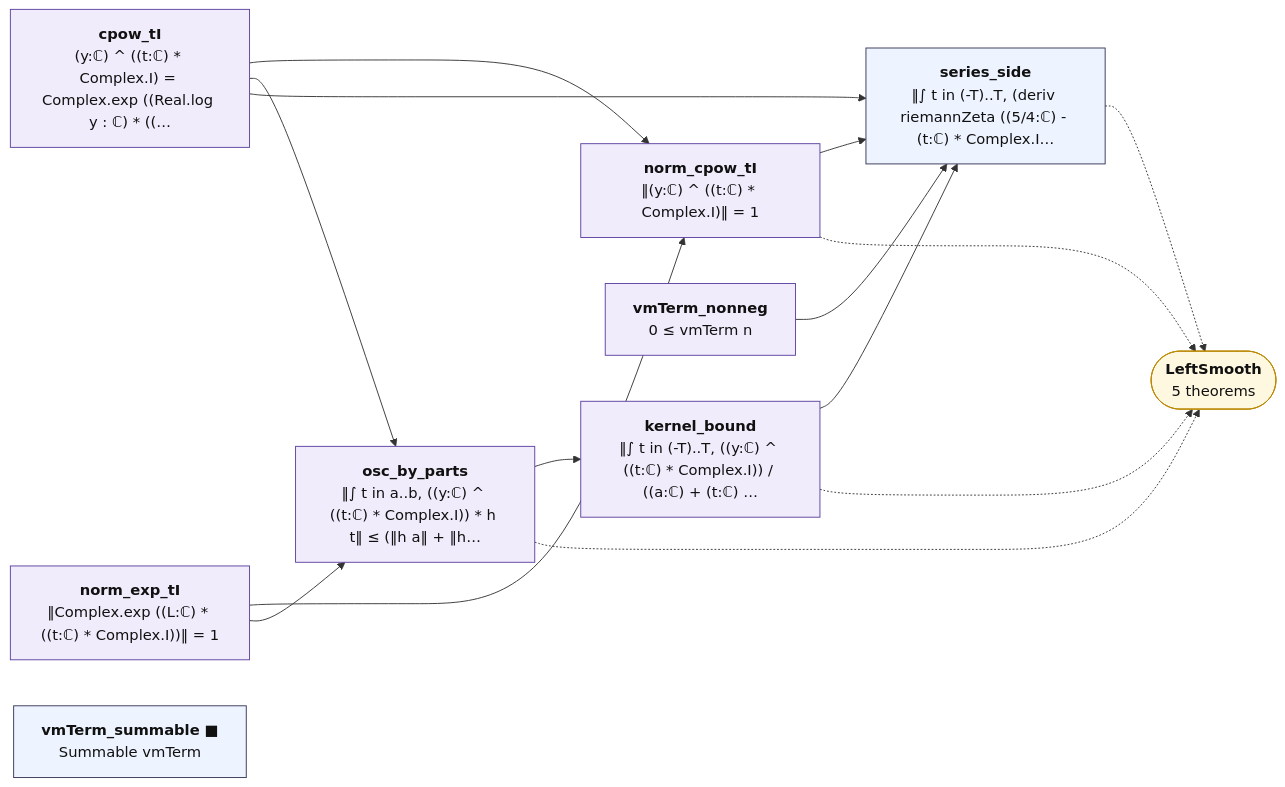
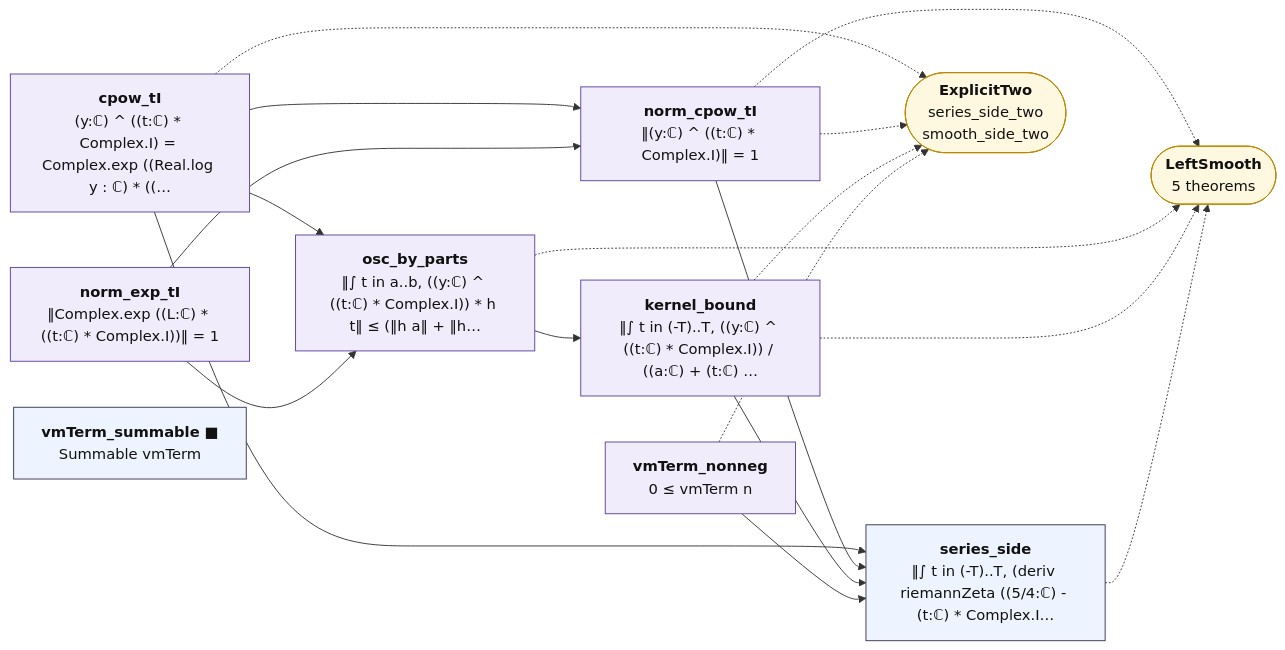
The diagram in map/lean_stage3/LeftKernel.md (juliansambranojr/Primebeat_081426), drawn with Mermaid before and after one commit. The commit also changed other lines of this file and 43 other files, not shown here.

````diff
--- a/map/lean_stage3/LeftKernel.md
+++ b/map/lean_stage3/LeftKernel.md
@@ -14,33 +14,38 @@
 ```mermaid
 flowchart LR
   n0["<b>cpow_tI</b><br/>(y:ℂ) ^ ((t:ℂ) * Complex.I) = Complex.exp ((Real.log y : ℂ) * ((…"]:::shp
   n1["<b>norm_exp_tI</b><br/>‖Complex.exp ((L:ℂ) * ((t:ℂ) * Complex.I))‖ = 1"]:::shp
   n2["<b>norm_cpow_tI</b><br/>‖(y:ℂ) ^ ((t:ℂ) * Complex.I)‖ = 1"]:::shp
   n3["<b>osc_by_parts</b><br/>‖∫ t in a..b, ((y:ℂ) ^ ((t:ℂ) * Complex.I)) * h t‖ ≤ (‖h a‖ + ‖h…"]:::shp
   n4["<b>kernel_bound</b><br/>‖∫ t in (-T)..T, ((y:ℂ) ^ ((t:ℂ) * Complex.I)) / ((a:ℂ) + (t:ℂ) …"]:::shp
   n5["<b>vmTerm_nonneg</b><br/>0 ≤ vmTerm n"]:::shp
   n6["<b>vmTerm_summable ■</b><br/>Summable vmTerm"]:::thm
   n7["<b>series_side</b><br/>‖∫ t in (-T)..T, (deriv riemannZeta ((5/4:ℂ) - (t:ℂ) * Complex.I…"]:::thm
-  x0(["<b>LeftSmooth</b><br/>5 theorems"]):::ext
+  x0(["<b>ExplicitTwo</b><br/>series_side_two<br/>smooth_side_two"]):::ext
+  x1(["<b>LeftSmooth</b><br/>5 theorems"]):::ext
   n0 --> n2
   n0 --> n3
   n0 --> n7
   n1 --> n2
   n1 --> n3
   n2 --> n7
   n3 --> n4
   n4 --> n7
   n5 --> n7
+  n0 -.-> x0
   n2 -.-> x0
-  n3 -.-> x0
+  n2 -.-> x1
+  n3 -.-> x1
   n4 -.-> x0
-  n7 -.-> x0
+  n4 -.-> x1
+  n5 -.-> x0
+  n7 -.-> x1
   classDef cnt fill:#dff5ec,stroke:#17694a,color:#111
   classDef shp fill:#f1ecfb,stroke:#5b3fa0,color:#111
   classDef rh fill:#ffe5e5,stroke:#c22,color:#111,stroke-width:2px
   classDef thm fill:#eef4ff,stroke:#335,color:#111
   classDef end_ fill:#e7f7e7,stroke:#2a7,color:#111,stroke-width:2px
   classDef lone fill:#fff,stroke:#999,color:#111,stroke-dasharray:4 3
   classDef bad fill:#ffe5e5,stroke:#c22,color:#111,stroke-width:2px
   classDef ext fill:#fff8e1,stroke:#b80,color:#111
 ```
````
